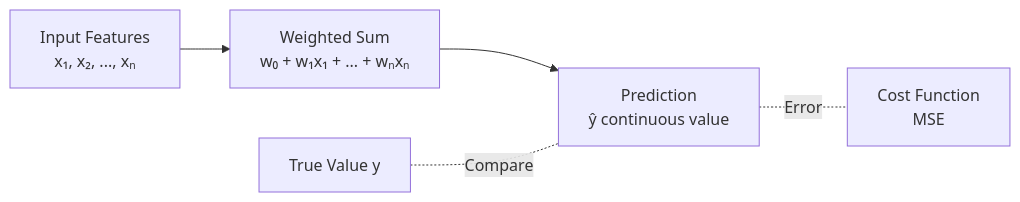
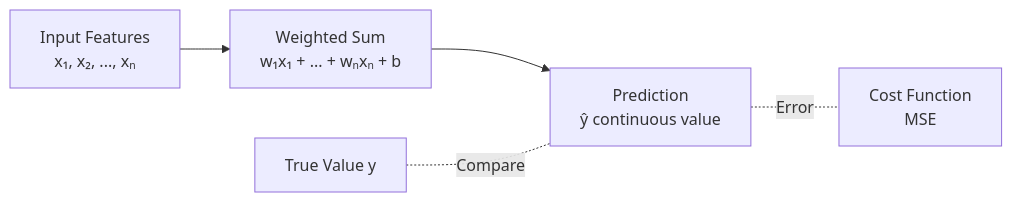
The second of 5 diagrams in 6-linear&logestic_regression.md (BDWiii/AI-Curriculum), drawn with Mermaid before and after one commit. The commit also changed other lines of this file, not shown here.

````diff
--- a/6-linear&logestic_regression.md
+++ b/6-linear&logestic_regression.md
@@ -122,7 +122,7 @@
 ```mermaid
 graph LR
-    A[Input Features<br/>x₁, x₂, ..., xₙ] --> B[Weighted Sum<br/>w₀ + w₁x₁ + ... + wₙxₙ]
+    A[Input Features<br/>x₁, x₂, ..., xₙ] --> B[Weighted Sum<br/>w₁x₁ + ... + wₙxₙ + b]
     B --> C[Prediction<br/>ŷ continuous value]
     D[True Value y] -.Compare.- C
     C -.Error.- E[Cost Function<br/>MSE]
 ```
````
